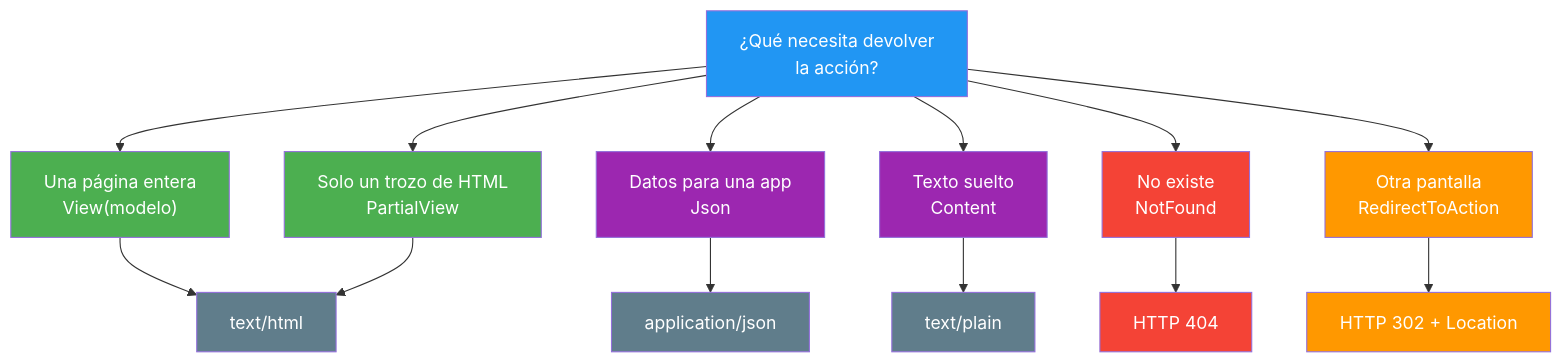
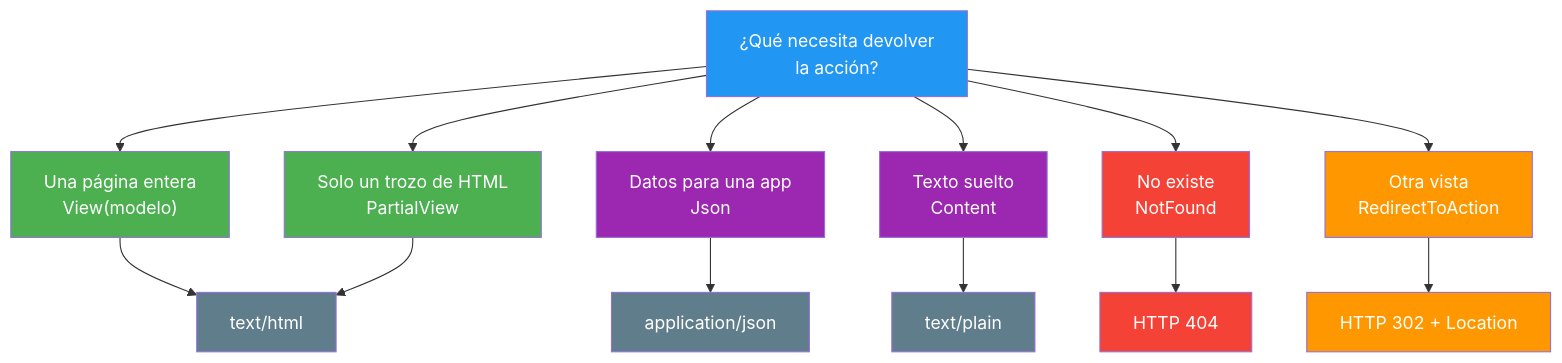
Before and after one commit to joseluisgs/DesarrolloWebEntornosServidor-03-2026-2027: the second of 4 diagrams in 08-mvc-controladores.md, drawn with Mermaid. The commit also changed other lines of this file and 11 other files, not shown here.

Commit message:
fix: sustituir pantalla por vista en toda la unidad segun la nomenclatura del curso

````diff
--- a/08-mvc-controladores.md
+++ b/08-mvc-controladores.md
@@ -233,27 +233,27 @@
 ```mermaid
 graph TD
     Q["¿Qué necesita devolver<br/>la acción?"] --> A["Una página entera<br/>View(modelo)"]
     Q --> B["Solo un trozo de HTML<br/>PartialView"]
     Q --> C["Datos para una app<br/>Json"]
     Q --> D["Texto suelto<br/>Content"]
     Q --> E["No existe<br/>NotFound"]
-    Q --> F["Otra pantalla<br/>RedirectToAction"]
+    Q --> F["Otra vista<br/>RedirectToAction"]
     A --> R1["text/html"]
     B --> R1
     C --> R2["application/json"]
     D --> R3["text/plain"]
     E --> R4["HTTP 404"]
     F --> R5["HTTP 302 + Location"]
     style Q fill:#2196F3,color:#fff
     style A fill:#4CAF50,color:#fff
     style B fill:#4CAF50,color:#fff
     style C fill:#9C27B0,color:#fff
     style D fill:#9C27B0,color:#fff
     style E fill:#f44336,color:#fff
     style F fill:#FF9800,color:#fff
     style R1 fill:#607D8B,color:#fff
     style R2 fill:#607D8B,color:#fff
     style R3 fill:#607D8B,color:#fff
     style R4 fill:#f44336,color:#fff
     style R5 fill:#FF9800,color:#fff
 ```
````
